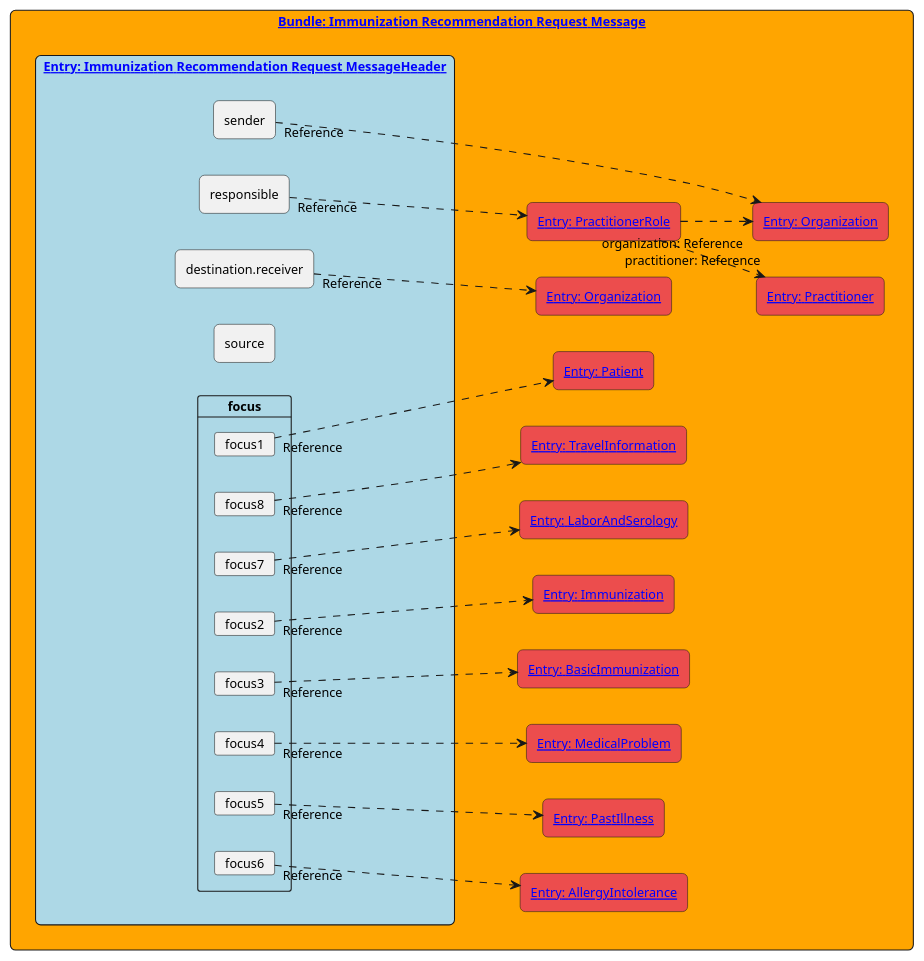
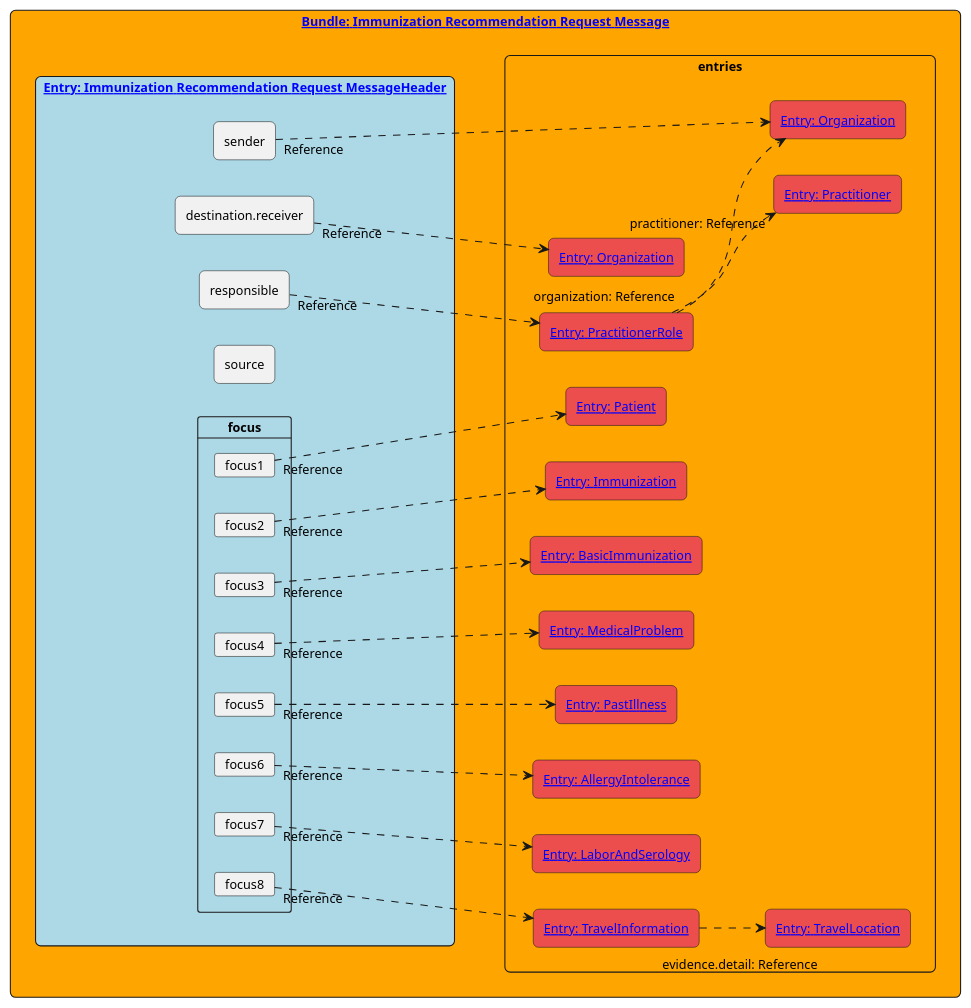
One commit to hl7ch/ch-vacd changed the diagram in input/images-source/immunization-recommendation-request-message-elements.plantuml. Above: the diagram before and after it, drawn with PlantUML. The commit also changed 3 other files, not shown here.

```diff
--- a/input/images-source/immunization-recommendation-request-message-elements.plantuml
+++ b/input/images-source/immunization-recommendation-request-message-elements.plantuml
@@ -1,100 +1,117 @@
 @startuml
 skinparam shadowing false
 skinparam rectangle {
     roundCorner 10
 }
 
 skinparam linetype straight
 skinparam defaultFontSize 12
 
 left to right direction
 
 rectangle "[[StructureDefinition-ch-vacd-recommendation-request-message.html Bundle: Immunization Recommendation Request Message]]" as document #Orange {
 
     rectangle "[[StructureDefinition-ch-vacd-recommendation-request-messageheader.html Entry: Immunization Recommendation Request MessageHeader]]" as composition #Lightblue  {
         together {
             rectangle responsible
             rectangle destination.receiver
             rectangle sender
             rectangle source
         }
         together {
             card focus {
                 card focus1
                 card focus2
                 card focus3
                 card focus4
                 card focus5
                 card focus6
                 card focus7
                 card focus8
             }
         }
 
     }
 
-    together {
-        rectangle "[[http://fhir.ch/ig/ch-core/StructureDefinition/ch-core-practitionerrole-epr Entry: PractitionerRole]]" as practitionerrole #ec4d4dff {
-            ''card practitioner as practitioner1
-            ''card organization as organization1
-        }
-        rectangle "[[http://fhir.ch/ig/ch-core/StructureDefinition/ch-core-practitioner-epr Entry: Practitioner]]" as practitioner #ec4d4dff {
-            ''card name1 [
-            ''----
-            ''dr. med. hausarzt
-            '']
-        }
-        rectangle "[[http://fhir.ch/ig/ch-core/StructureDefinition/ch-core-organization-epr Entry: Organization]]" as organization #ec4d4dff {
-            ''card name2 [
-            ''----
-            ''praxis
-            '']
-        }
-        rectangle "[[http://fhir.ch/ig/ch-core/StructureDefinition/ch-core-organization-epr Entry: Organization]]" as labor1 #ec4d4dff {
-            ''card name3 [
-            ''----
-            ''labor
-            '' ]
+    rectangle entries {
+        together {
+            rectangle "[[http://fhir.ch/ig/ch-core/StructureDefinition/ch-core-practitionerrole-epr Entry: PractitionerRole]]" as practitionerrole #ec4d4dff {
+                ''card practitioner as practitioner1
+                ''card organization as organization1
+            }
+
+            rectangle "[[http://fhir.ch/ig/ch-core/StructureDefinition/ch-core-organization-epr Entry: Organization]]" as labor1 #ec4d4dff {
+                ''card name3 [
+                ''----
+                ''labor
+                '' ]
+            }
+
+            rectangle "[[http://fhir.ch/ig/ch-core/StructureDefinition/ch-core-patient-epr Entry: Patient]]" as patient #ec4d4dff {
+            }
+
+           
+            rectangle "[[StructureDefinition-ch-vacd-laboratory-serology.html Entry: LaborAndSerology]]" as laborandserology #ec4d4dff {
+            }
+
+
+            rectangle "[[StructureDefinition-ch-vacd-immunization.html Entry: Immunization]]" as immunization1 #ec4d4dff {
+            }
+            rectangle "[[StructureDefinition-ch-vacd-basic-immunization.html Entry: BasicImmunization]]" as basicimmunization #ec4d4dff {
+            }
+            rectangle "[[StructureDefinition-ch-vacd-medical-problems.html Entry: MedicalProblem]]" as medicalproblem #ec4d4dff {
+            }
+            rectangle "[[StructureDefinition-ch-vacd-pastillnesses.html Entry: PastIllness]]" as pastillness #ec4d4dff {
+            }
+            rectangle "[[StructureDefinition-ch-vacd-allergyintolerances.html Entry: AllergyIntolerance]]" as allergyintolerance #ec4d4dff {
+            }
+
+            rectangle "[[StructureDefinition-ch-vacd-travel-information.html Entry: TravelInformation]]" as travelinfo #ec4d4dff {
+            }
+            rectangle "[[StructureDefinition-ch-vacd-travel-location.html Entry: TravelLocation]]" as travelloc #ec4d4dff {
+            }
+
+            
         }
 
-        rectangle "[[http://fhir.ch/ig/ch-core/StructureDefinition/ch-core-patient-epr Entry: Patient]]" as patient #ec4d4dff {
+        together {
+            rectangle "[[http://fhir.ch/ig/ch-core/StructureDefinition/ch-core-practitioner-epr Entry: Practitioner]]" as practitioner #ec4d4dff {
+                ''card name1 [
+                ''----
+                ''dr. med. hausarzt
+                '']
+            }
+            rectangle "[[http://fhir.ch/ig/ch-core/StructureDefinition/ch-core-organization-epr Entry: Organization]]" as organization #ec4d4dff {
+                ''card name2 [
+                ''----
+                ''praxis
+                '']
+            }
+           
         }
 
-        rectangle "[[StructureDefinition-ch-vacd-travel-information.html Entry: TravelInformation]]" as travelinfo #ec4d4dff {
-        }
-
-        rectangle "[[StructureDefinition-ch-vacd-laboratory-serology.html Entry: LaborAndSerology]]" as laborandserology #ec4d4dff {
-        }
-
-
-        rectangle "[[StructureDefinition-ch-vacd-immunization.html Entry: Immunization]]" as immunization1 #ec4d4dff {
-        }
-        rectangle "[[StructureDefinition-ch-vacd-basic-immunization.html Entry: BasicImmunization]]" as basicimmunization #ec4d4dff {
-        }
-        rectangle "[[StructureDefinition-ch-vacd-medical-problems.html Entry: MedicalProblem]]" as medicalproblem #ec4d4dff {
-        }
-        rectangle "[[StructureDefinition-ch-vacd-pastillnesses.html Entry: PastIllness]]" as pastillness #ec4d4dff {
-        }
-        rectangle "[[StructureDefinition-ch-vacd-allergyintolerances.html Entry: AllergyIntolerance]]" as allergyintolerance #ec4d4dff {
-        }
     }
 
 }
 sender "Reference"..> organization
 responsible "Reference"..> practitionerrole
 practitionerrole ..>"practitioner: Reference" practitioner
 practitionerrole "organization: Reference"..> organization
+
 
 focus1 "Reference"..> patient
 focus2 "Reference"..> immunization1
 focus3 "Reference"..> basicimmunization
 focus4 "Reference"..> medicalproblem
 focus5 "Reference"..> pastillness
 focus6 "Reference"..> allergyintolerance
 focus7 "Reference"..> laborandserology
 focus8 "Reference"..> travelinfo
 
+
+travelinfo ..>"evidence.detail: Reference" travelloc
+
 destination.receiver "Reference"..> labor1
 
 
 @enduml
```
